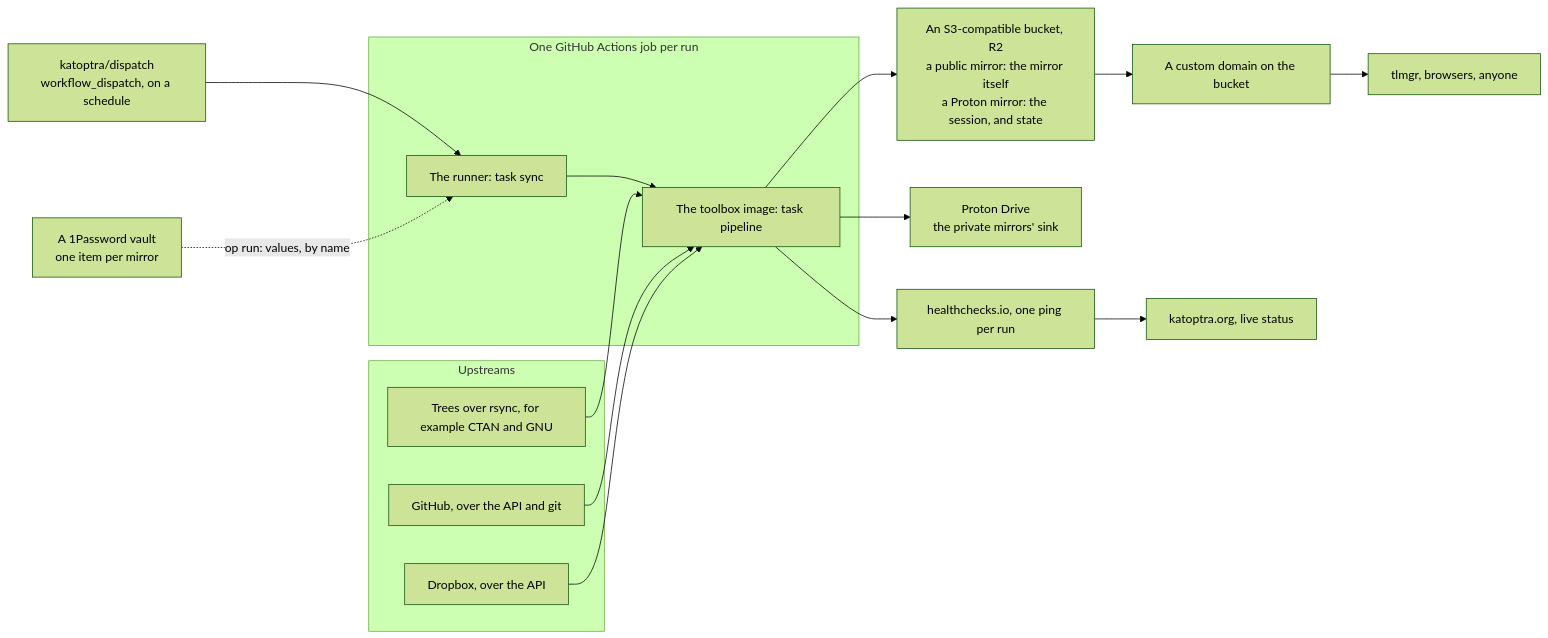
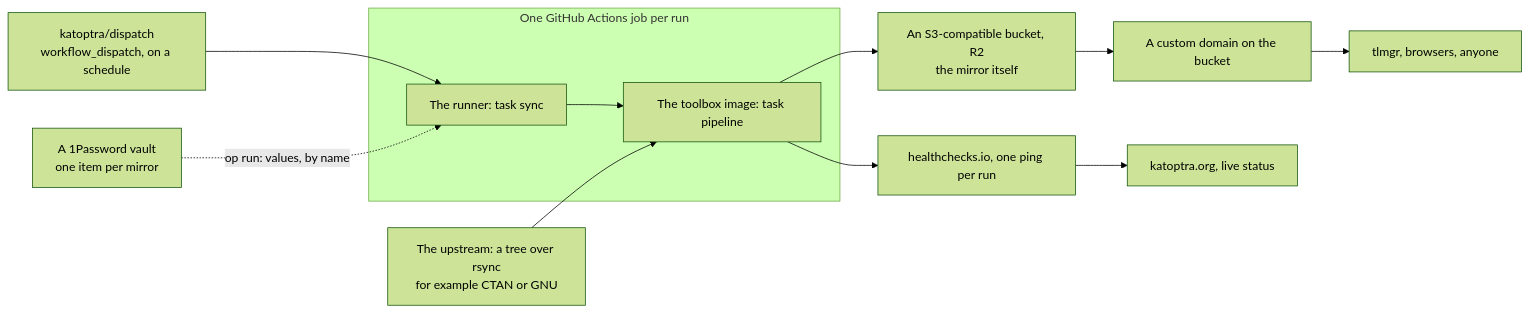
Before and after one commit to katoptra/lib: the first of 10 diagrams in README.md, drawn with Mermaid (forest theme). The commit also changed other lines of this file and 17 other files, not shown here.

````diff
--- a/README.md
+++ b/README.md
@@ -39,20 +38,13 @@
 ```mermaid
 flowchart LR
-  subgraph up["Upstreams"]
-    u1["Trees over rsync, for example CTAN and GNU"]
-    u2["GitHub, over the API and git"]
-    u3["Dropbox, over the API"]
-  end
+  up["The upstream: a tree over rsync<br/>for example CTAN or GNU"]
   sched["katoptra/dispatch<br/>workflow_dispatch, on a schedule"] --> host
   subgraph job["One GitHub Actions job per run"]
     host["The runner: task sync"] --> box["The toolbox image: task pipeline"]
   end
   vault["A 1Password vault<br/>one item per mirror"] -. "op run: values, by name" .-> host
-  u1 --> box
-  u2 --> box
-  u3 --> box
-  box --> r2["An S3-compatible bucket, R2<br/>a public mirror: the mirror itself<br/>a Proton mirror: the session, and state"]
-  box --> pd["Proton Drive<br/>the private mirrors' sink"]
+  up --> box
+  box --> r2["An S3-compatible bucket, R2<br/>the mirror itself"]
   r2 --> cf["A custom domain on the bucket"] --> cl["tlmgr, browsers, anyone"]
   box --> hc["healthchecks.io, one ping per run"] --> site["katoptra.org, live status"]
 ```
````
